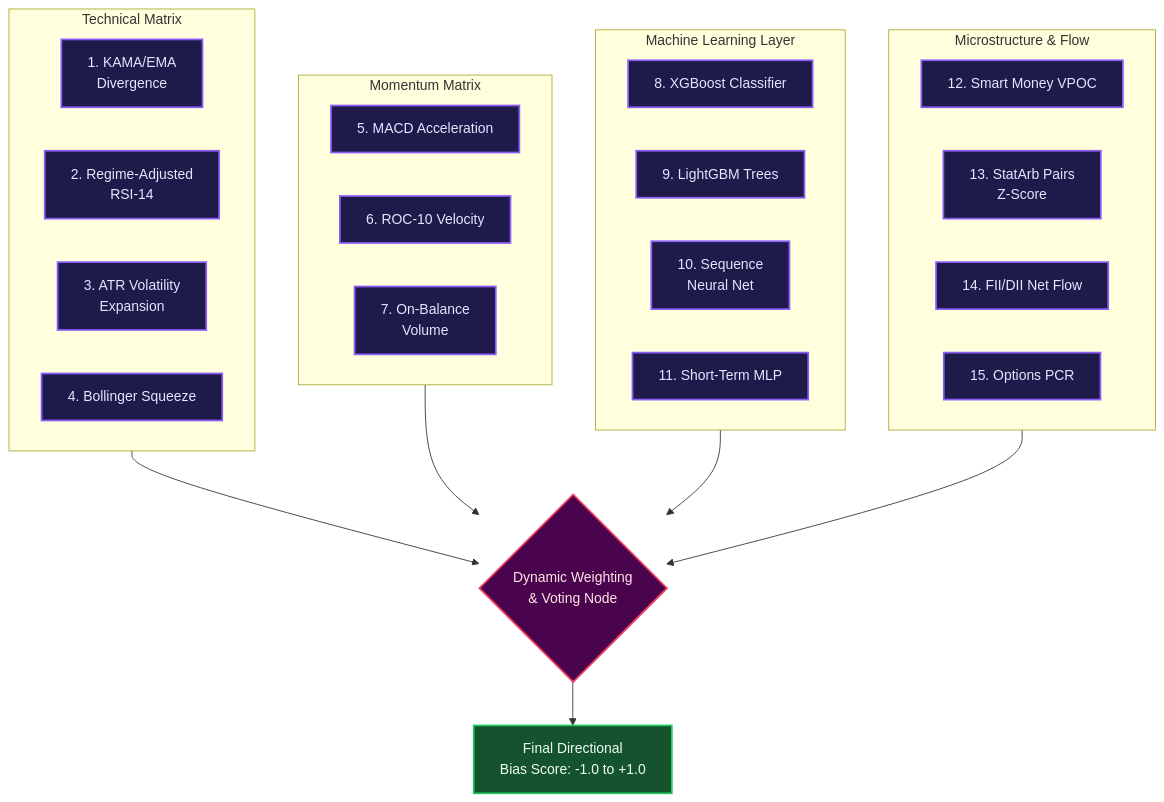
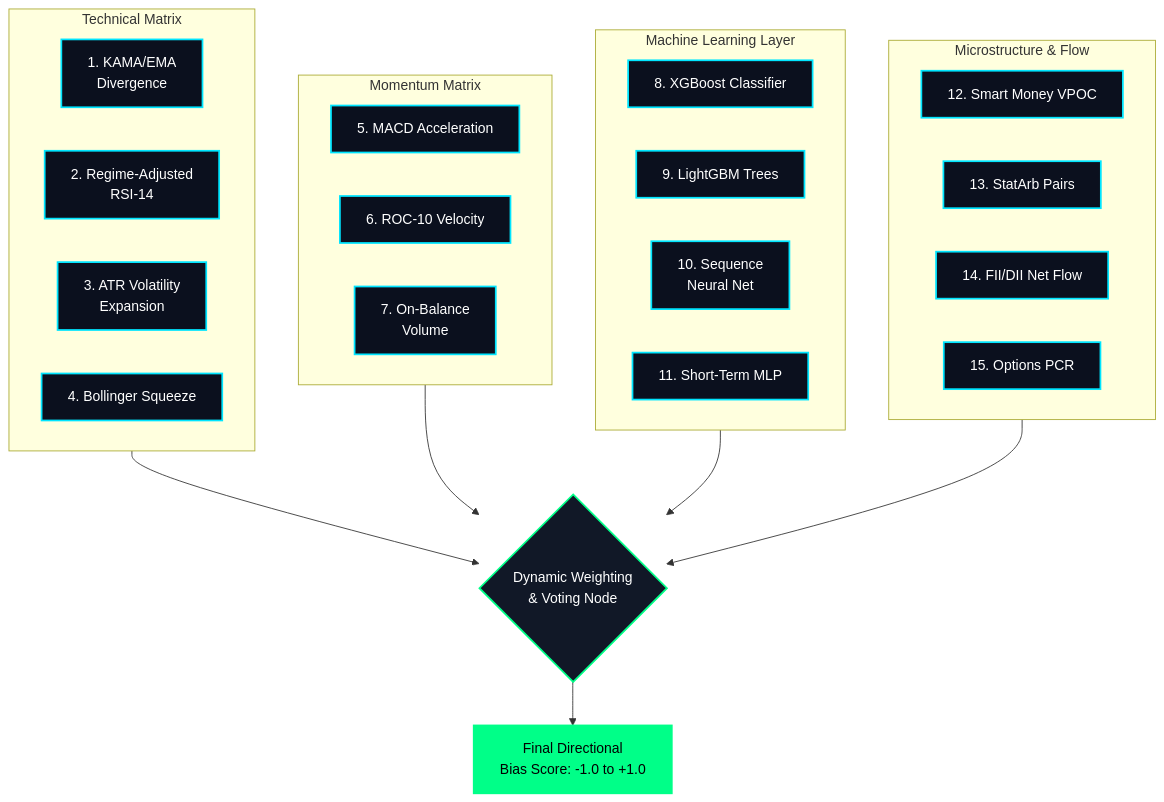
One commit to SaiSiddharthBS/MarketAnalyser changed the third of 5 diagrams in README.md. Above: the diagram before and after it, drawn with Mermaid. The commit also changed other lines of this file, not shown here.

Commit message:
docs: Convert Mindmap to Graph LR, use HTML breaks, and match exact UI colors to fix clipping

````diff
--- a/README.md
+++ b/README.md
@@ -184,47 +189,46 @@
 ```mermaid
 graph TD
     subgraph Technical["Technical Matrix"]
-        M1["1. KAMA/EMA\nDivergence"]
-        M2["2. Regime-Adjusted\nRSI-14"]
-        M3["3. ATR Volatility\nExpansion"]
+        M1["1. KAMA/EMA<br/>Divergence"]
+        M2["2. Regime-Adjusted<br/>RSI-14"]
+        M3["3. ATR Volatility<br/>Expansion"]
         M4["4. Bollinger Squeeze"]
     end
     
     subgraph Momentum["Momentum Matrix"]
         M5["5. MACD Acceleration"]
         M6["6. ROC-10 Velocity"]
-        M7["7. On-Balance\nVolume"]
+        M7["7. On-Balance<br/>Volume"]
     end
     
     subgraph MachineLearning["Machine Learning Layer"]
         M8["8. XGBoost Classifier"]
         M9["9. LightGBM Trees"]
-        M10["10. Sequence\nNeural Net"]
+        M10["10. Sequence<br/>Neural Net"]
         M11["11. Short-Term MLP"]
     end
     
     subgraph Microstructure["Microstructure & Flow"]
         M12["12. Smart Money VPOC"]
-        M13["13. StatArb Pairs\nZ-Score"]
+        M13["13. StatArb Pairs"]
         M14["14. FII/DII Net Flow"]
         M15["15. Options PCR"]
     end
     
-    Vote{"Dynamic Weighting\n& Voting Node"}
+    Vote{"Dynamic Weighting<br/>& Voting Node"}
+    Output["Final Directional<br/>Bias Score: -1.0 to +1.0"]
     
     Technical --> Vote
     Momentum --> Vote
     MachineLearning --> Vote
     Microstructure --> Vote
-    
-    Vote --> Output["Final Directional\nBias Score: -1.0 to +1.0"]
+    Vote --> Output
 
-    classDef default fill:#0f172a,stroke:#38bdf8,stroke-width:2px,color:#e2e8f0;
-    classDef model fill:#1e1b4b,stroke:#8b5cf6,stroke-width:2px,color:#e0e7ff;
-    classDef decision fill:#4a044e,stroke:#f43f5e,stroke-width:2px,color:#ffe4e6;
-    classDef result fill:#14532d,stroke:#22c55e,stroke-width:2px,color:#f0fdf4;
+    classDef default fill:#0b101e,stroke:#00e5ff,stroke-width:2px,color:#ffffff;
+    classDef highlight fill:#111827,stroke:#00ff88,stroke-width:2px,color:#ffffff;
+    classDef decision fill:#00ff88,stroke:#00ff88,stroke-width:2px,color:#000000;
 
-    class M1,M2,M3,M4,M5,M6,M7,M8,M9,M10,M11,M12,M13,M14,M15 model;
-    class Vote decision;
-    class Output result;
+    class M1,M2,M3,M4,M5,M6,M7,M8,M9,M10,M11,M12,M13,M14,M15 default;
+    class Vote highlight;
+    class Output decision;
 ```
````
